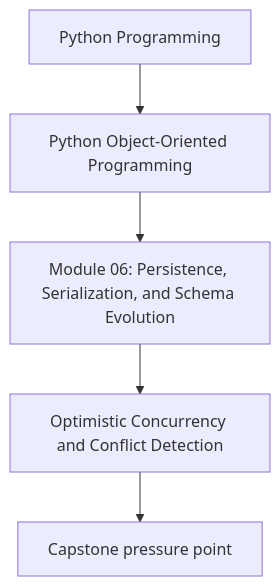
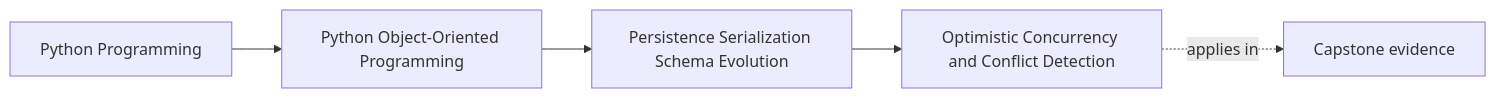
The first of 2 diagrams in programs/python-programming/python-object-oriented-programming/course-book/module-06-persistence-serialization-schema-evolution/optimistic-concurrency-and-conflict-detection.md (bijux/bijux-masterclass), drawn with Mermaid before and after one commit. The commit also changed other lines of this file and 103 other files, not shown here.

Commit message:
docs(python-object-oriented-programming): map sustainment and capstone surfaces

````diff
--- a/programs/python-programming/python-object-oriented-programming/course-book/module-06-persistence-serialization-schema-evolution/optimistic-concurrency-and-conflict-detection.md
+++ b/programs/python-programming/python-object-oriented-programming/course-book/module-06-persistence-serialization-schema-evolution/optimistic-concurrency-and-conflict-detection.md
@@ -7,7 +7,11 @@
 ```mermaid
-flowchart TD
-  family["Python Programming"] --> program["Python Object-Oriented Programming"]
-  program --> module["Module 06: Persistence, Serialization, and Schema Evolution"]
-  module --> concept["Optimistic Concurrency and Conflict Detection"]
-  concept --> capstone["Capstone pressure point"]
+graph LR
+  family["Python Programming"]
+  program["Python Object-Oriented Programming"]
+  section["Persistence Serialization Schema Evolution"]
+  page["Optimistic Concurrency and Conflict Detection"]
+  capstone["Capstone evidence"]
+
+  family --> program --> section --> page
+  page -.applies in.-> capstone
 ```
````
